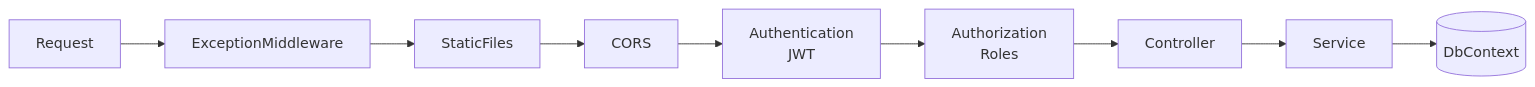
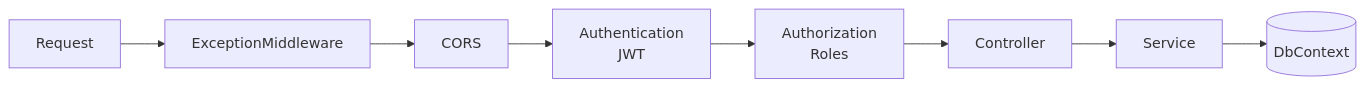
One commit to MoDGo3/internship-log-system changed the second of 4 diagrams in docs/architecture.md. Above: the diagram before and after it, drawn with Mermaid. The commit also changed other lines of this file and 78 other files, not shown here.

````diff
--- a/docs/architecture.md
+++ b/docs/architecture.md
@@ -66,4 +65,4 @@
 ```mermaid
 flowchart LR
-    R[Request] --> EM[ExceptionMiddleware] --> SF[StaticFiles] --> C[CORS] --> AN[Authentication<br/>JWT] --> AZ[Authorization<br/>Roles] --> CT[Controller] --> S[Service] --> DB[(DbContext)]
+    R[Request] --> EM[ExceptionMiddleware] --> C[CORS] --> AN[Authentication<br/>JWT] --> AZ[Authorization<br/>Roles] --> CT[Controller] --> S[Service] --> DB[(DbContext)]
 ```
````
